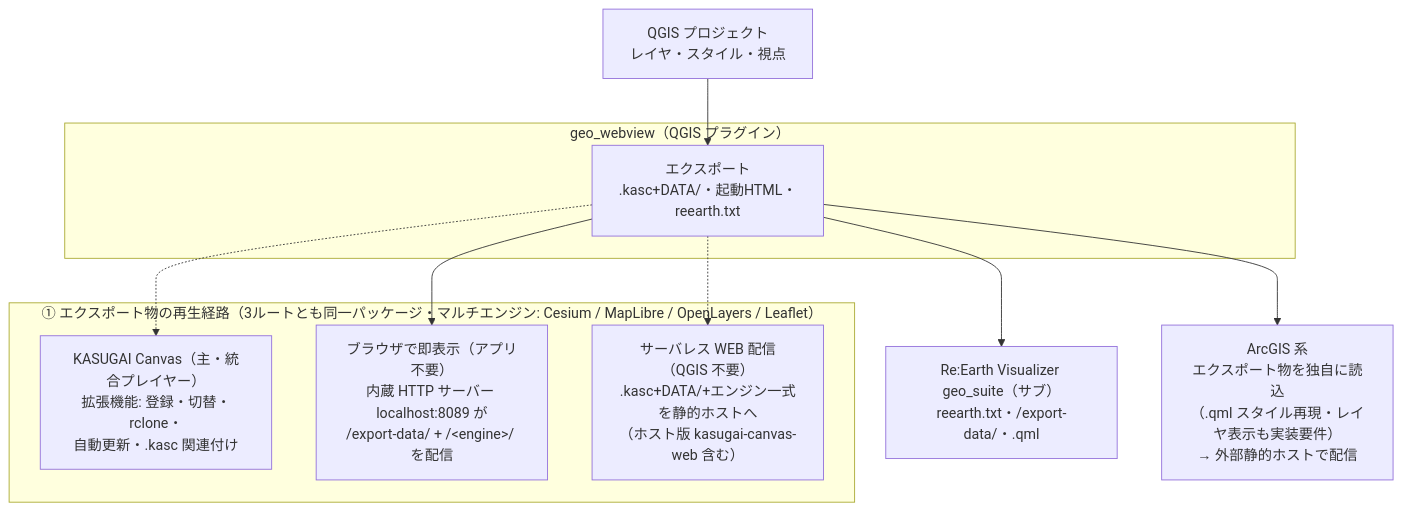
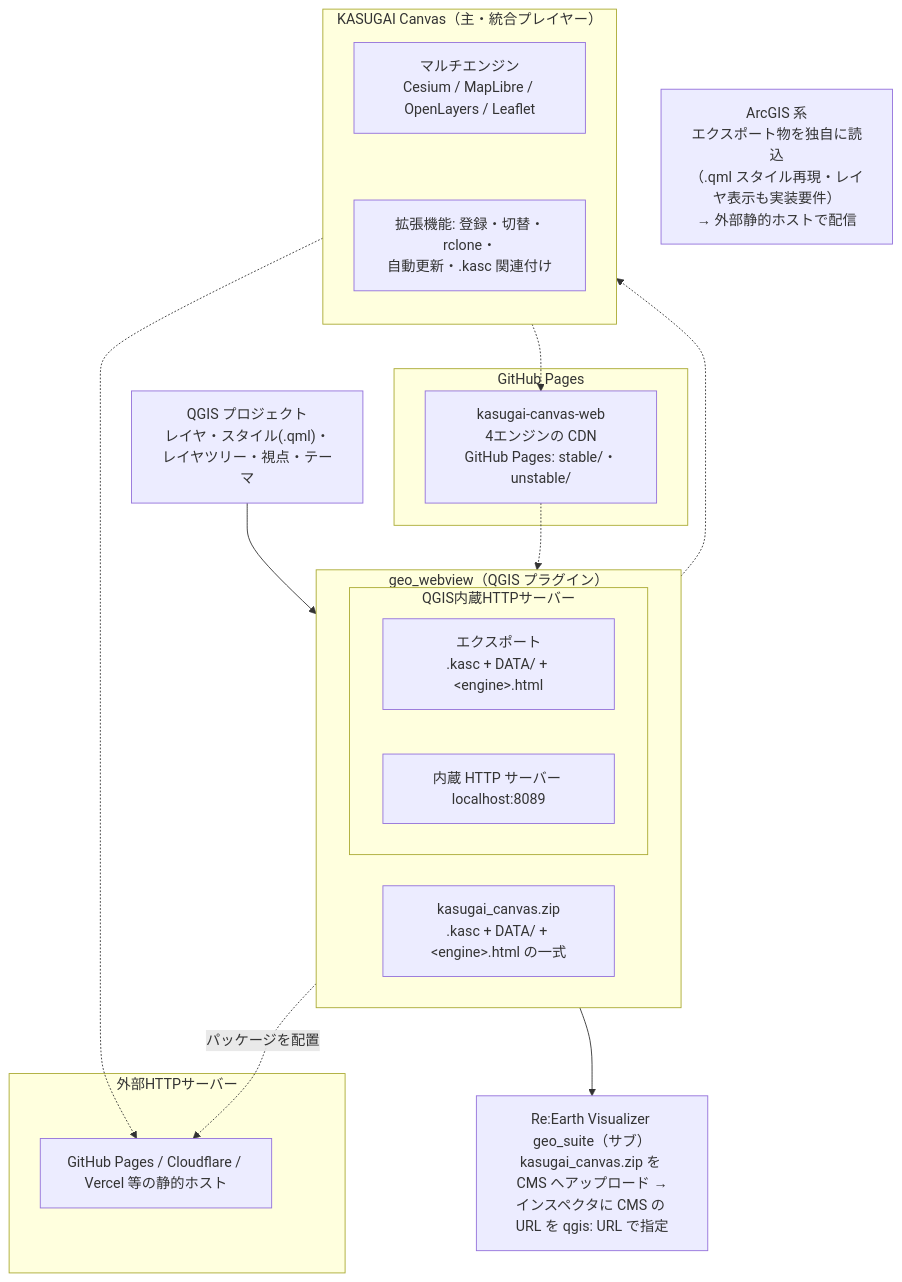
The diagram in qgis-plugin/geo_webview/README_JP.md (yamamoto-ryuzo/qgis_live_harness), drawn with Mermaid before and after one commit. The commit also changed other lines of this file and 3 other files, not shown here.

First line of the commit message:
geo_webview: README連携構成図を概要へ移動＋実態どおり再構成(3.31.1)

````diff
--- a/qgis-plugin/geo_webview/README_JP.md
+++ b/qgis-plugin/geo_webview/README_JP.md
@@ -118,24 +39,37 @@
 ```mermaid
 flowchart TB
-    QGIS["QGIS プロジェクト<br>レイヤ・スタイル・視点"]
+    QGIS["QGIS プロジェクト<br>レイヤ・スタイル(.qml)・レイヤツリー・視点・テーマ"]
 
     subgraph GWBOX["geo_webview（QGIS プラグイン）"]
-        GW["エクスポート<br>.kasc+DATA/・起動HTML・reearth.txt"]
+        direction LR
+        subgraph FNC["QGIS内蔵HTTPサーバー"]
+            GW["エクスポート<br>.kasc + DATA/ + &lt;engine&gt;.html"]
+            SRV["内蔵 HTTP サーバー localhost:8089"]
+        end
+        ZIP["kasugai_canvas.zip<br>.kasc + DATA/ + &lt;engine&gt;.html の一式"]
     end
 
-    subgraph PLAY["① エクスポート物の再生経路（3ルートとも同一パッケージ・マルチエンジン: Cesium / MapLibre / OpenLayers / Leaflet）"]
-        KC["KASUGAI Canvas（主・統合プレイヤー）<br>拡張機能: 登録・切替・rclone・<br>自動更新・.kasc 関連付け"]
-        BR["ブラウザで即表示（アプリ不要）<br>内蔵 HTTP サーバー localhost:8089 が<br>/export-data/ + /&lt;engine&gt;/ を配信"]
-        HOST["サーバレス WEB 配信（QGIS 不要）<br>.kasc+DATA/+エンジン一式を静的ホストへ<br>（ホスト版 kasugai-canvas-web 含む）"]
+    subgraph KCBOX["KASUGAI Canvas（主・統合プレイヤー）"]
+        direction TB
+        ENG["マルチエンジン<br>Cesium / MapLibre / OpenLayers / Leaflet"]
+        KCF["拡張機能: 登録・切替・rclone・<br>自動更新・.kasc 関連付け"]
+        ENG ~~~ KCF
     end
+    subgraph WEBBOX["外部HTTPサーバー"]
+        WEB["GitHub Pages / Cloudflare / Vercel 等の静的ホスト"]
+    end
+    subgraph GHBOX["GitHub Pages"]
+        CDN["kasugai-canvas-web<br>4エンジンの CDN<br>GitHub Pages: stable/・unstable/"]
+    end
+    RE["Re:Earth Visualizer geo_suite（サブ）<br>kasugai_canvas.zip を CMS へアップロード →<br>インスペクタに CMS の URL を qgis: URL で指定"]
 
-    RE["Re:Earth Visualizer geo_suite（サブ）<br>reearth.txt・/export-data/・.qml"]
     AG["ArcGIS 系<br>エクスポート物を独自に読込<br>（.qml スタイル再現・レイヤ表示も実装要件）<br>→ 外部静的ホストで配信"]
 
-    QGIS --> GW
-    GW -.-> KC
-    GW --> BR
-    GW -.-> HOST
-    GW --> RE
-    GW --> AG
+    QGIS --> GWBOX
+    GW -.-> KCBOX
+    GW -.->|"パッケージを配置"| WEB
+    ENG -.-> WEB
+    ENG -.-> CDN
+    CDN -.-> FNC
+    ZIP --> RE
 ```
````
